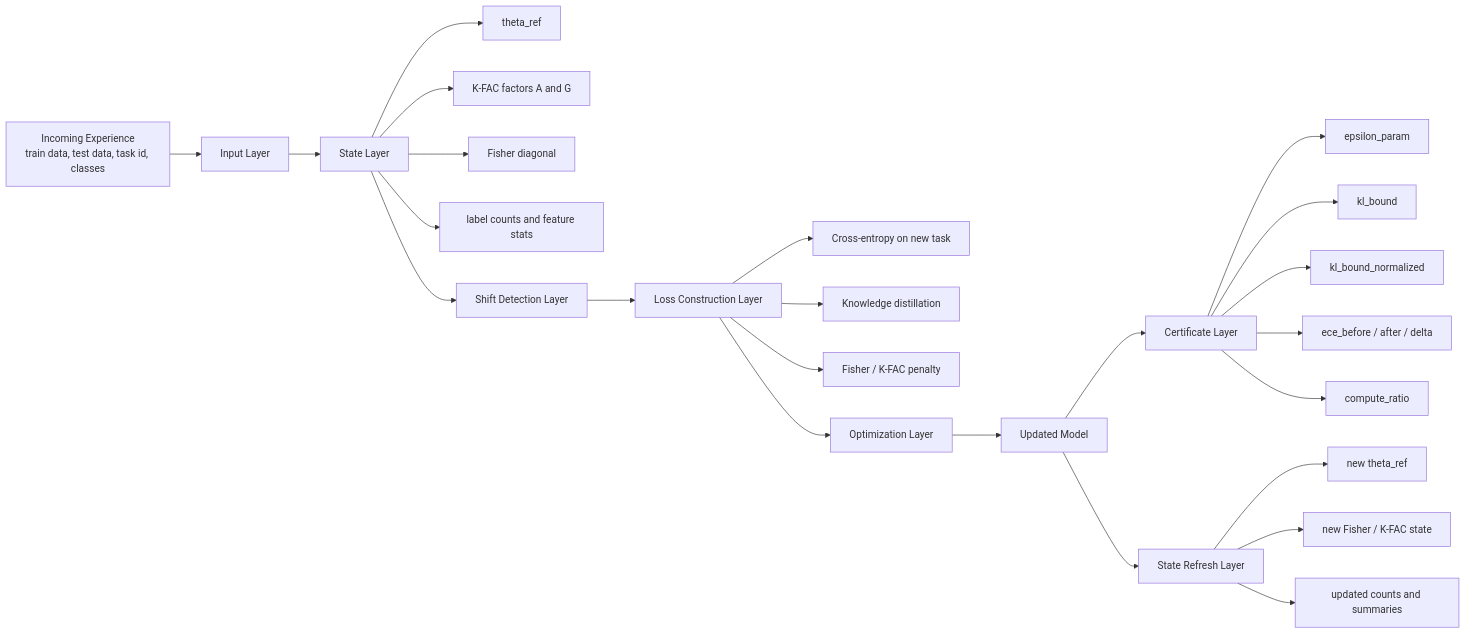
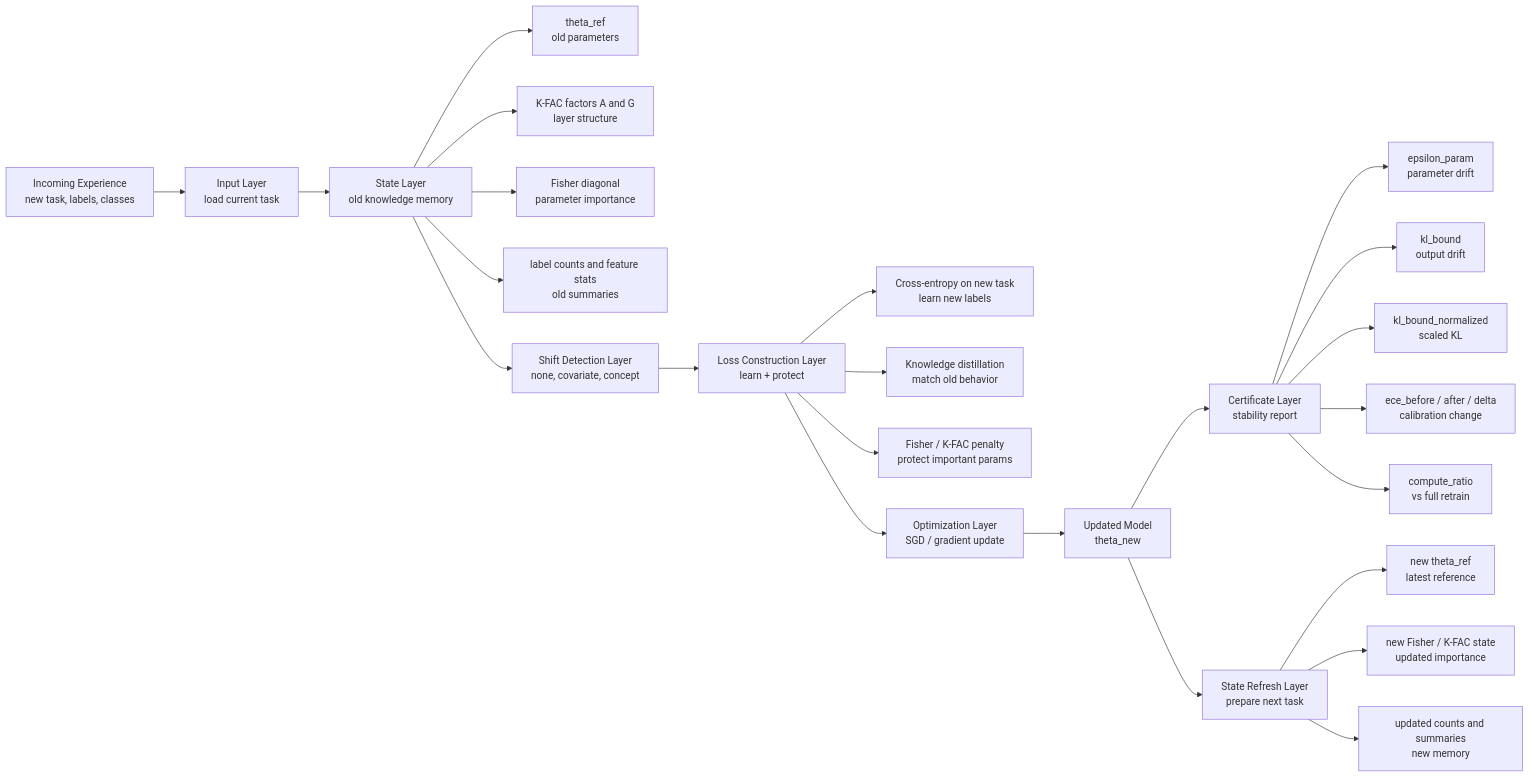
One commit to anikeaty08/MELD changed the first of 2 diagrams in docs/FULL_ARCHITECTURE.md. Above: the diagram before and after it, drawn with Mermaid. The commit also changed other lines of this file and 1 other file, not shown here.

````diff
--- a/docs/FULL_ARCHITECTURE.md
+++ b/docs/FULL_ARCHITECTURE.md
@@ -38,30 +38,30 @@
 ```mermaid
 flowchart LR
-    A["Incoming Experience<br/>train data, test data, task id, classes"] --> B["Input Layer"]
-    B --> C["State Layer"]
-    C --> C1["theta_ref"]
-    C --> C2["K-FAC factors A and G"]
-    C --> C3["Fisher diagonal"]
-    C --> C4["label counts and feature stats"]
+    A["Incoming Experience<br/>new task, labels, classes"] --> B["Input Layer<br/>load current task"]
+    B --> C["State Layer<br/>old knowledge memory"]
+    C --> C1["theta_ref<br/>old parameters"]
+    C --> C2["K-FAC factors A and G<br/>layer structure"]
+    C --> C3["Fisher diagonal<br/>parameter importance"]
+    C --> C4["label counts and feature stats<br/>old summaries"]
 
-    C --> D["Shift Detection Layer"]
-    D --> E["Loss Construction Layer"]
-    E --> E1["Cross-entropy on new task"]
-    E --> E2["Knowledge distillation"]
-    E --> E3["Fisher / K-FAC penalty"]
+    C --> D["Shift Detection Layer<br/>none, covariate, concept"]
+    D --> E["Loss Construction Layer<br/>learn + protect"]
+    E --> E1["Cross-entropy on new task<br/>learn new labels"]
+    E --> E2["Knowledge distillation<br/>match old behavior"]
+    E --> E3["Fisher / K-FAC penalty<br/>protect important params"]
 
-    E --> F["Optimization Layer"]
-    F --> G["Updated Model"]
+    E --> F["Optimization Layer<br/>SGD / gradient update"]
+    F --> G["Updated Model<br/>theta_new"]
 
-    G --> H["Certificate Layer"]
-    H --> H1["epsilon_param"]
-    H --> H2["kl_bound"]
-    H --> H3["kl_bound_normalized"]
-    H --> H4["ece_before / after / delta"]
-    H --> H5["compute_ratio"]
+    G --> H["Certificate Layer<br/>stability report"]
+    H --> H1["epsilon_param<br/>parameter drift"]
+    H --> H2["kl_bound<br/>output drift"]
+    H --> H3["kl_bound_normalized<br/>scaled KL"]
+    H --> H4["ece_before / after / delta<br/>calibration change"]
+    H --> H5["compute_ratio<br/>vs full retrain"]
 
-    G --> I["State Refresh Layer"]
-    I --> I1["new theta_ref"]
-    I --> I2["new Fisher / K-FAC state"]
-    I --> I3["updated counts and summaries"]
+    G --> I["State Refresh Layer<br/>prepare next task"]
+    I --> I1["new theta_ref<br/>latest reference"]
+    I --> I2["new Fisher / K-FAC state<br/>updated importance"]
+    I --> I3["updated counts and summaries<br/>new memory"]
 ```
````
